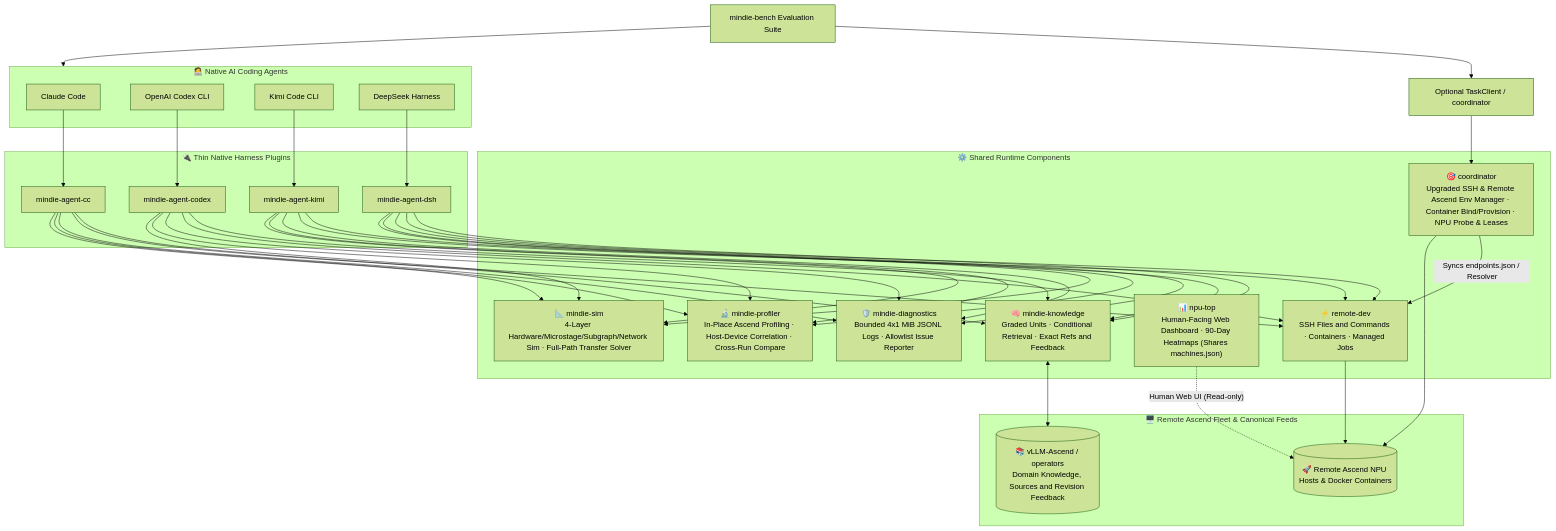
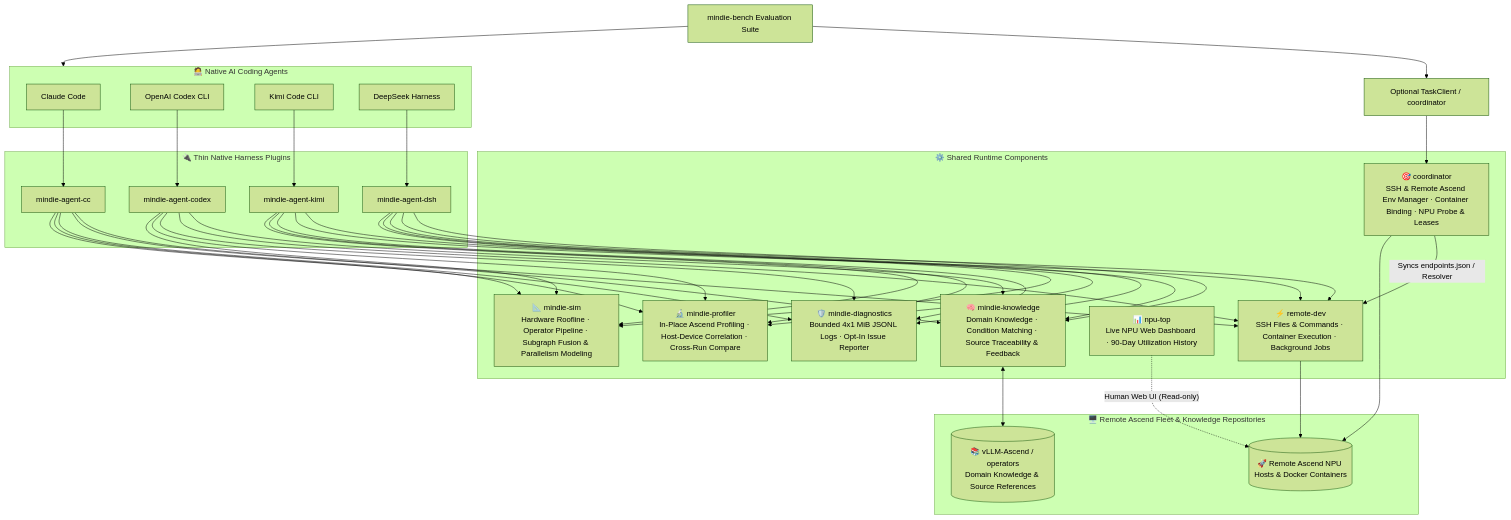
The first of 2 diagrams in README.en.md (grandolantow/mindie-agent), drawn with Mermaid (forest theme) before and after one commit. The commit also changed other lines of this file and 17 other files, not shown here.

Commit message:
docs(rsi): integrate AMD-AGI/GEAK and Apple ml-rsi-inference-bench RSI safeguards and architecture alignment

````diff
--- a/README.en.md
+++ b/README.en.md
@@ -175,44 +175,44 @@
 ```mermaid
 flowchart TB
   subgraph Clients["🧑‍💻 Native AI Coding Agents"]
     CC["Claude Code"]
     Codex["OpenAI Codex CLI"]
     Kimi["Kimi Code CLI"]
     DSH["DeepSeek Harness"]
   end
 
   subgraph Adapters["🔌 Thin Native Harness Plugins"]
     P_CC["mindie-agent-cc"]
     P_Codex["mindie-agent-codex"]
     P_Kimi["mindie-agent-kimi"]
     P_DSH["mindie-agent-dsh"]
   end
 
   subgraph Core["⚙️ Shared Runtime Components"]
-    Knowledge["🧠 mindie-knowledge<br/>Graded Units · Conditional Retrieval · Exact Refs and Feedback"]
-    Coord["🎯 coordinator<br/>Upgraded SSH & Remote Ascend Env Manager · Container Bind/Provision · NPU Probe & Leases"]
-    RemoteDev["⚡ remote-dev<br/>SSH Files and Commands · Containers · Managed Jobs"]
+    Knowledge["🧠 mindie-knowledge<br/>Domain Knowledge · Condition Matching · Source Traceability & Feedback"]
+    Coord["🎯 coordinator<br/>SSH & Remote Ascend Env Manager · Container Binding · NPU Probe & Leases"]
+    RemoteDev["⚡ remote-dev<br/>SSH Files & Commands · Container Execution · Background Jobs"]
     Profiler["🔬 mindie-profiler<br/>In-Place Ascend Profiling · Host-Device Correlation · Cross-Run Compare"]
-    Sim["📐 mindie-sim<br/>4-Layer Hardware/Microstage/Subgraph/Network Sim · Full-Path Transfer Solver"]
-    NpuTop["📊 npu-top<br/>Human-Facing Web Dashboard · 90-Day Heatmaps (Shares machines.json)"]
-    Diag["🛡️ mindie-diagnostics<br/>Bounded 4x1 MiB JSONL Logs · Allowlist Issue Reporter"]
+    Sim["📐 mindie-sim<br/>Hardware Roofline · Operator Pipeline · Subgraph Fusion & Parallelism Modeling"]
+    NpuTop["📊 npu-top<br/>Live NPU Web Dashboard · 90-Day Utilization History"]
+    Diag["🛡️ mindie-diagnostics<br/>Bounded 4x1 MiB JSONL Logs · Opt-In Issue Reporter"]
   end
 
-  subgraph Remote["🖥️ Remote Ascend Fleet & Canonical Feeds"]
-    Feed[("📚 vLLM-Ascend / operators<br/>Domain Knowledge, Sources and Revision Feedback")]
+  subgraph Remote["🖥️ Remote Ascend Fleet & Knowledge Repositories"]
+    Feed[("📚 vLLM-Ascend / operators<br/>Domain Knowledge & Source References")]
     Cluster[("🚀 Remote Ascend NPU Hosts & Docker Containers")]
   end
 
   CC --> P_CC
   Codex --> P_Codex
   Kimi --> P_Kimi
   DSH --> P_DSH
 
   P_CC & P_Codex & P_Kimi & P_DSH --> Knowledge & RemoteDev & Diag & Profiler & Sim
   Task["Optional TaskClient / coordinator"] --> Coord
   Bench["mindie-bench Evaluation Suite"] --> Task & Clients
   Knowledge <--> Feed
   Coord -- "Syncs endpoints.json / Resolver" --> RemoteDev
   Coord & RemoteDev --> Cluster
   NpuTop -. "Human Web UI (Read-only)" .-> Cluster
 ```
````
